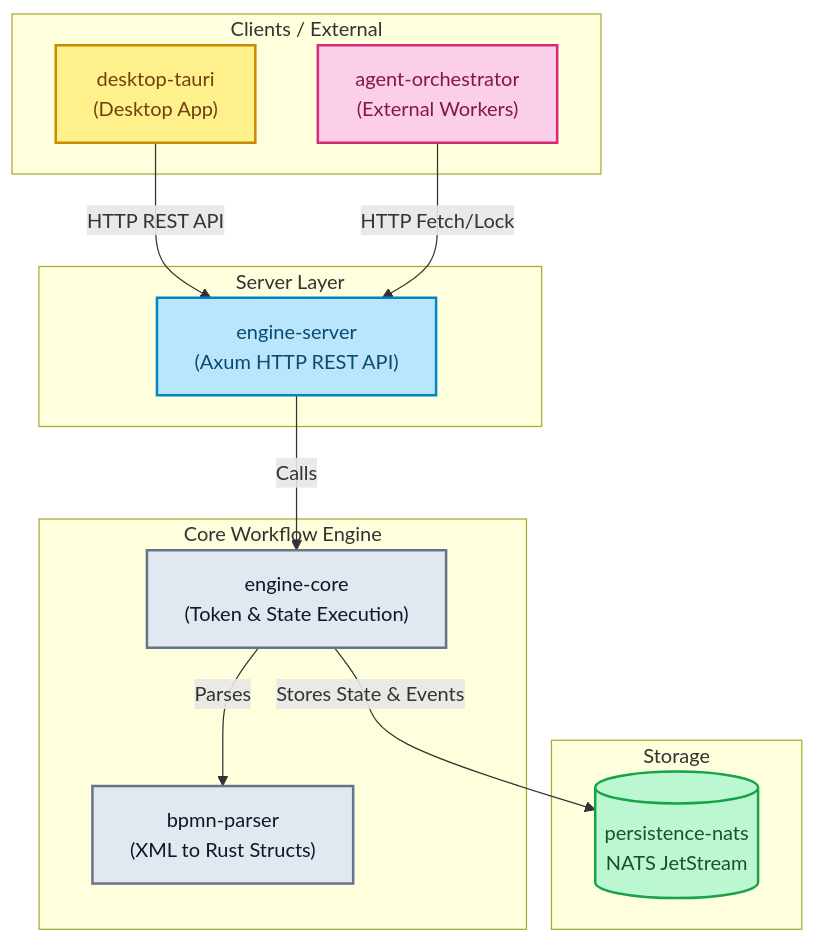
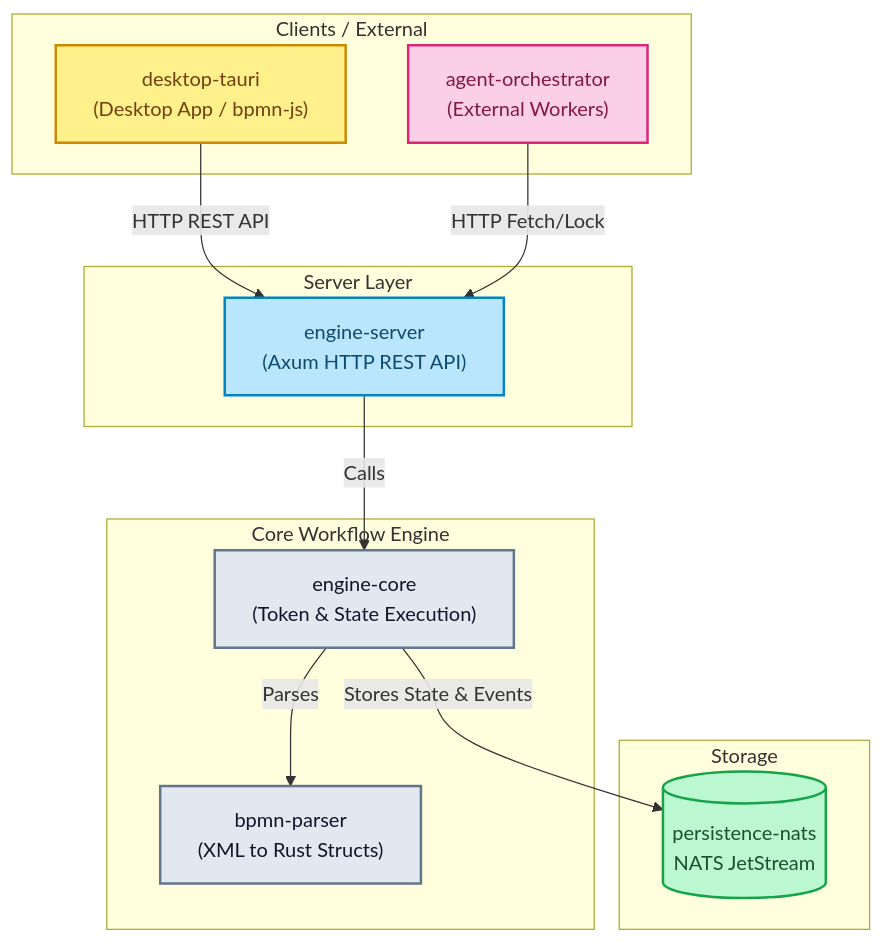
The diagram in README.md (maatini/mini-bpm-engine), drawn with Mermaid before and after one commit. The commit also changed other lines of this file, not shown here.

Commit message:
docs: update README with desktop-tauri features, dynamic process variables, and audit log details

````diff
--- a/README.md
+++ b/README.md
@@ -42,34 +44,34 @@
 ```mermaid
 flowchart TD
     %% Styling
     classDef core fill:#e2e8f0,stroke:#64748b,stroke-width:2px,color:#0f172a;
     classDef server fill:#bae6fd,stroke:#0284c7,stroke-width:2px,color:#0c4a6e;
     classDef persistence fill:#bbf7d0,stroke:#16a34a,stroke-width:2px,color:#14532d;
     classDef desktop fill:#fef08a,stroke:#ca8a04,stroke-width:2px,color:#713f12;
     classDef agent fill:#fbcfe8,stroke:#db2777,stroke-width:2px,color:#831843;
 
     subgraph "Clients / External"
-        UI["desktop-tauri\n(Desktop App)"]:::desktop
+        UI["desktop-tauri\n(Desktop App / bpmn-js)"]:::desktop
         Agent["agent-orchestrator\n(External Workers)"]:::agent
     end
 
     subgraph "Server Layer"
         Axum["engine-server\n(Axum HTTP REST API)"]:::server
     end
 
     subgraph "Core Workflow Engine"
         Engine["engine-core\n(Token & State Execution)"]:::core
         Parser["bpmn-parser\n(XML to Rust Structs)"]:::core
     end
 
     subgraph "Storage"
         Nats[(persistence-nats\nNATS JetStream)]:::persistence
     end
 
     %% Connections
     UI -- "HTTP REST API" --> Axum
     Agent -- "HTTP Fetch/Lock" --> Axum
     Axum -- "Calls" --> Engine
     Engine -- "Parses" --> Parser
     Engine -- "Stores State & Events" --> Nats
 ```
````
